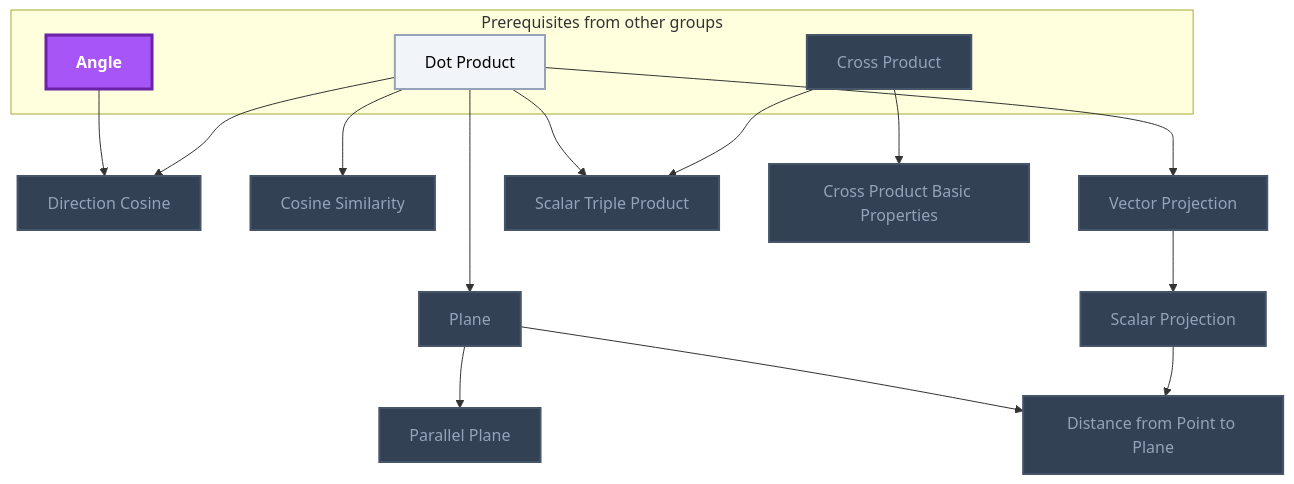
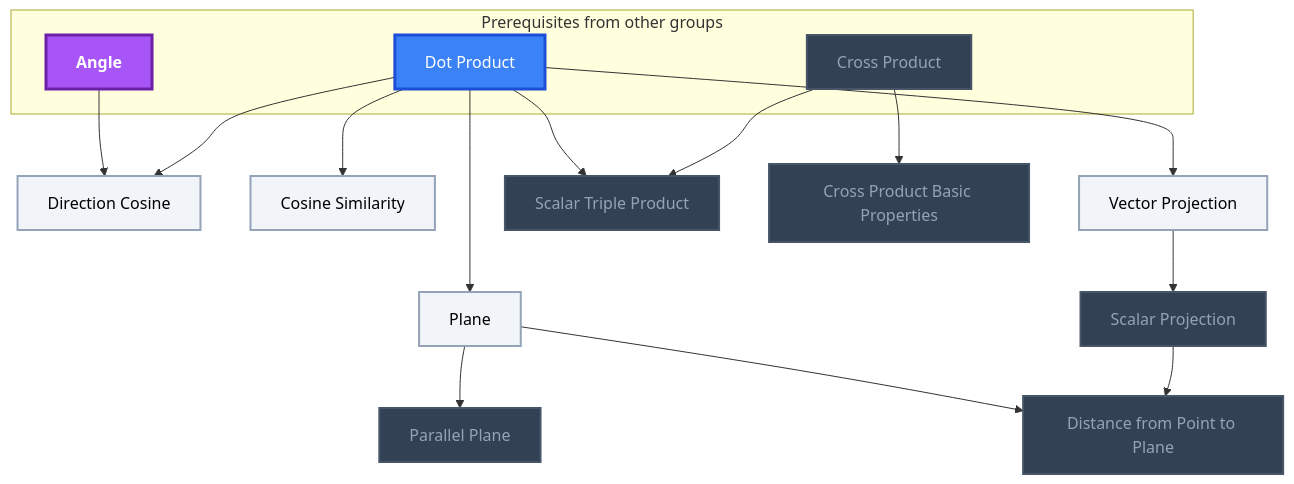
One commit to MRauf1/My-Notes changed the ninth of 12 diagrams in Gamification/Skill Trees/Calculus.md. Above: the diagram before and after it, drawn with Mermaid. The commit also changed other lines of this file and 57 other files, not shown here.

````diff
--- a/Gamification/Skill Trees/Calculus.md
+++ b/Gamification/Skill Trees/Calculus.md
@@ -706,42 +706,43 @@
 ```mermaid
 flowchart TD
     classDef planned fill:#1E293B,stroke:#64748B,stroke-width:2px,stroke-dasharray:5 5,color:#94A3B8;
     classDef locked fill:#334155,stroke:#475569,stroke-width:2px,color:#94A3B8;
     classDef L0 fill:#F1F5F9,stroke:#94A3B8,stroke-width:2px,color:#000000;
     classDef L1 fill:#22C55E,stroke:#15803D,stroke-width:2px,color:#000000;
     classDef L2 fill:#3B82F6,stroke:#1D4ED8,stroke-width:3px,color:#FFFFFF;
     classDef L3 fill:#A855F7,stroke:#6B21A8,stroke-width:3px,color:#FFFFFF,font-weight:bold;
     classDef L4 fill:#F97316,stroke:#C2410C,stroke-width:4px,color:#000000,font-weight:bold;
     classDef L5 fill:#FFD700,stroke:#FF8C00,stroke-width:5px,color:#000000,font-weight:bold;
     classDef rusty stroke:#8B4513,stroke-width:4px,stroke-dasharray:3 3;
     subgraph sg_prereqs["Prerequisites from other groups"]
         n_dot_product["Dot Product"]
         n_angle["Angle"]
         n_cross_product["Cross Product"]
     end
     n_direction_cosine["Direction Cosine"]
     n_cosine_similarity["Cosine Similarity"]
     n_scalar_projection["Scalar Projection"]
     n_vector_projection["Vector Projection"]
     n_scalar_triple_product["Scalar Triple Product"]
     n_cross_product_basic_properties["Cross Product Basic Properties"]
     n_plane["Plane"]
     n_parallel_plane["Parallel Plane"]
     n_distance_from_point_to_plane["Distance from Point to Plane"]
     n_dot_product --> n_direction_cosine
     n_angle --> n_direction_cosine
     n_dot_product --> n_cosine_similarity
     n_vector_projection --> n_scalar_projection
     n_dot_product --> n_vector_projection
     n_cross_product --> n_scalar_triple_product
     n_dot_product --> n_scalar_triple_product
     n_cross_product --> n_cross_product_basic_properties
     n_dot_product --> n_plane
     n_plane --> n_parallel_plane
     n_scalar_projection --> n_distance_from_point_to_plane
     n_plane --> n_distance_from_point_to_plane
-    class n_cross_product,n_direction_cosine,n_cosine_similarity,n_scalar_projection,n_vector_projection,n_scalar_triple_product,n_cross_product_basic_properties,n_plane,n_parallel_plane,n_distance_from_point_to_plane locked;
-    class n_dot_product L0;
+    class n_cross_product,n_scalar_projection,n_scalar_triple_product,n_cross_product_basic_properties,n_parallel_plane,n_distance_from_point_to_plane locked;
+    class n_direction_cosine,n_cosine_similarity,n_vector_projection,n_plane L0;
+    class n_dot_product L2;
     class n_angle L3;
     class n_dot_product,n_angle,n_cross_product,n_direction_cosine,n_cosine_similarity,n_scalar_projection,n_vector_projection,n_scalar_triple_product,n_cross_product_basic_properties,n_plane,n_parallel_plane,n_distance_from_point_to_plane internal-link;
 ```
````
